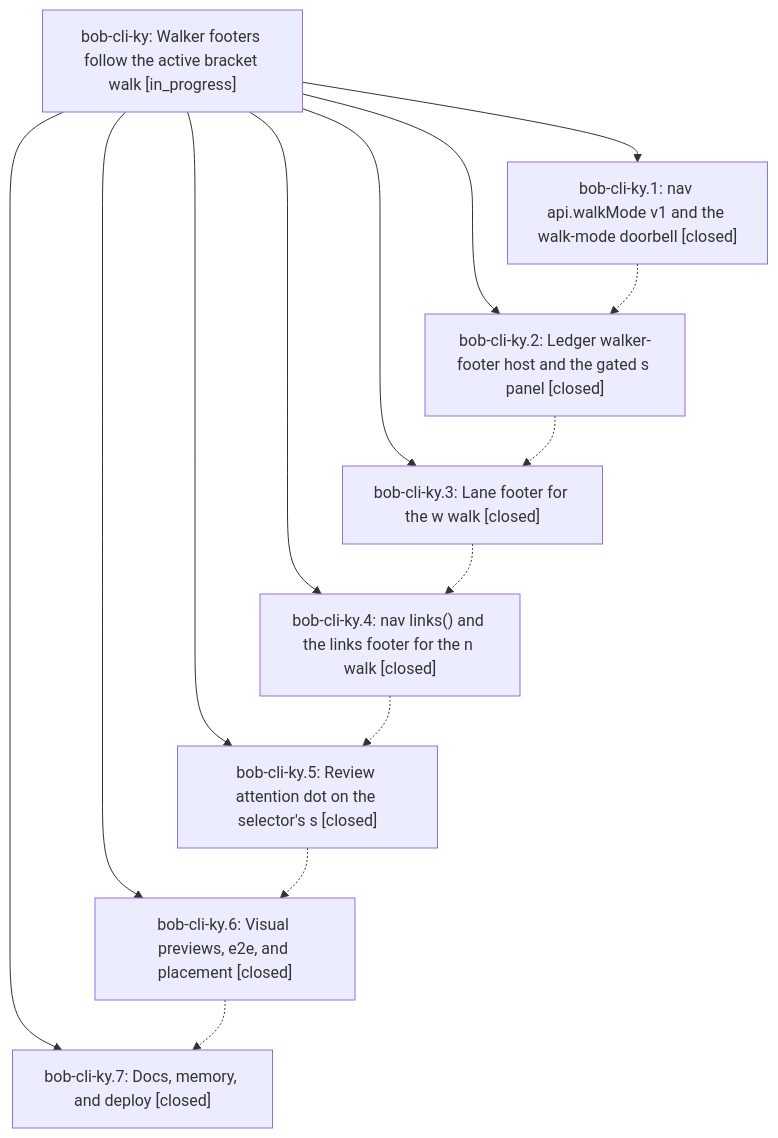
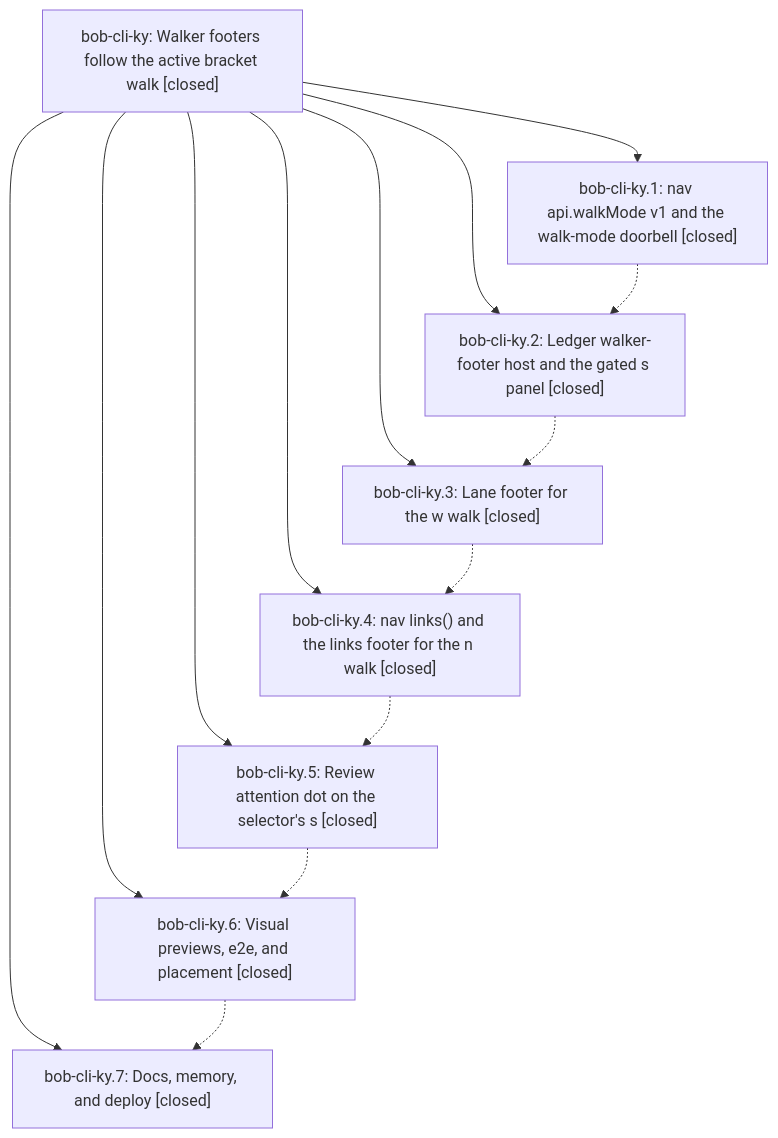
One commit to bobs-org/bob-cli--beads changed the diagram in pages/bob-cli-ky/README.md. Above: the diagram before and after it, drawn with Mermaid. The commit also changed other lines of this file and 7 other files, not shown here.

First line of the commit message:
chore(beads): sync bead state and pages for bob-cli-ky

````diff
--- a/pages/bob-cli-ky/README.md
+++ b/pages/bob-cli-ky/README.md
@@ -50,24 +66,24 @@
 ```mermaid
 flowchart TD
-    n0["bob-cli-ky: Walker footers follow the active bracket walk [in_progress]"]
+    n0["bob-cli-ky: Walker footers follow the active bracket walk [closed]"]
     n1["bob-cli-ky.1: nav api.walkMode v1 and the walk-mode doorbell [closed]"]
     n2["bob-cli-ky.2: Ledger walker-footer host and the gated s panel [closed]"]
     n3["bob-cli-ky.3: Lane footer for the w walk [closed]"]
     n4["bob-cli-ky.4: nav links() and the links footer for the n walk [closed]"]
     n5["bob-cli-ky.5: Review attention dot on the selector's s [closed]"]
     n6["bob-cli-ky.6: Visual previews, e2e, and placement [closed]"]
     n7["bob-cli-ky.7: Docs, memory, and deploy [closed]"]
     n0 --> n1
     n0 --> n2
     n0 --> n3
     n0 --> n4
     n0 --> n5
     n0 --> n6
     n0 --> n7
     n1 -.-> n2
     n2 -.-> n3
     n3 -.-> n4
     n4 -.-> n5
     n5 -.-> n6
     n6 -.-> n7
 ```
````
